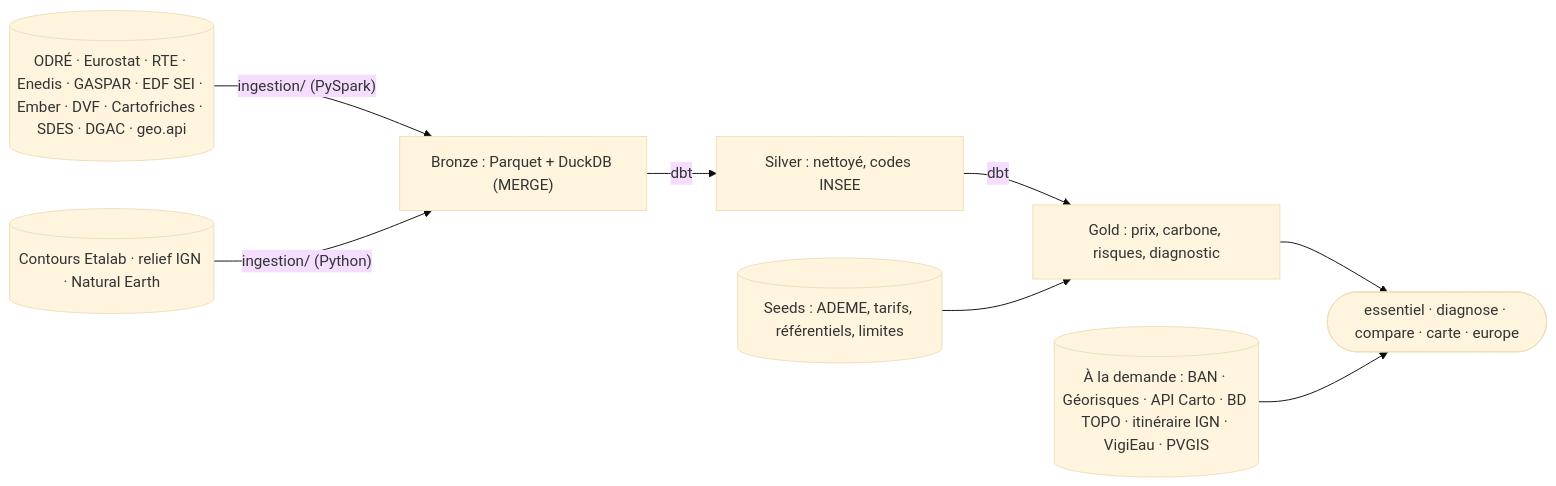
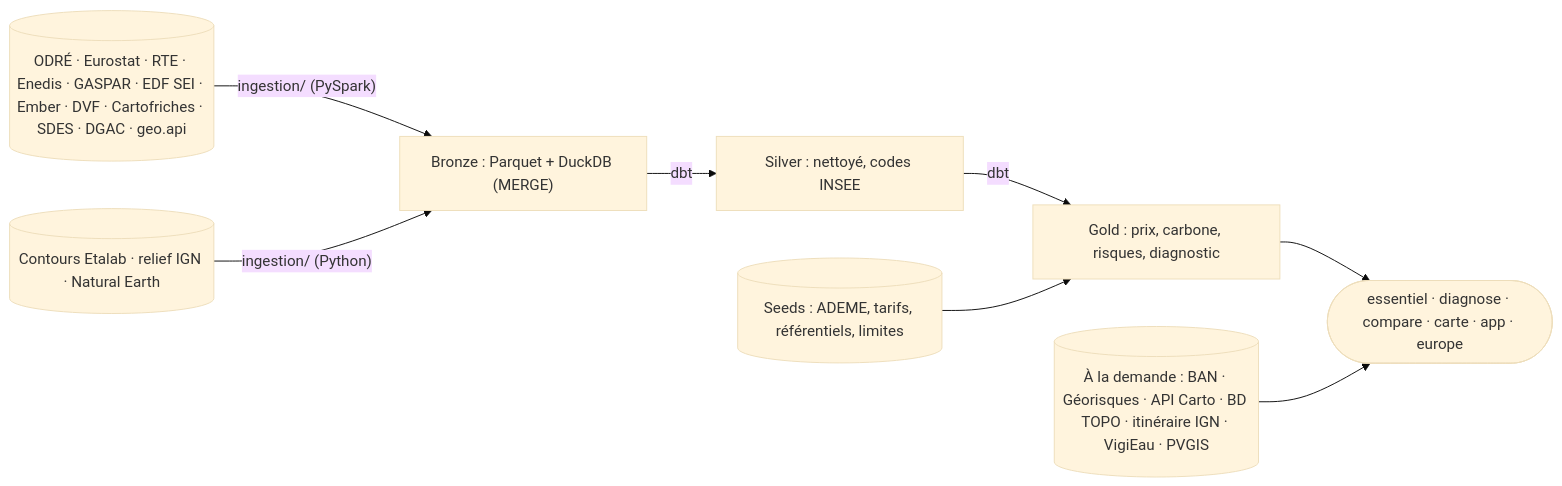
The diagram in README.md (Elias-Ouafi/ou-brancher-mon-entreprise), drawn with Mermaid (base theme) before and after one commit. The commit also changed other lines of this file and 4 other files, not shown here.

````diff
--- a/README.md
+++ b/README.md
@@ -201,10 +207,10 @@
 ```mermaid
 flowchart LR
     SRC[("ODRÉ · Eurostat · RTE · Enedis · GASPAR · EDF SEI · Ember · DVF · Cartofriches · SDES · DGAC · geo.api")] -->|"ingestion/ (PySpark)"| B["Bronze : Parquet + DuckDB (MERGE)"]
     B -->|dbt| S["Silver : nettoyé, codes INSEE"]
     S -->|dbt| G["Gold : prix, carbone, risques, diagnostic"]
     SEEDS[("Seeds : ADEME, tarifs, référentiels, limites")] --> G
     GEO[("Contours Etalab · relief IGN · Natural Earth")] -->|"ingestion/ (Python)"| B
-    G --> CLI(["essentiel · diagnose · compare · carte · europe"])
+    G --> CLI(["essentiel · diagnose · compare · carte · app · europe"])
     BAN[("À la demande : BAN · Géorisques · API Carto · BD TOPO · itinéraire IGN · VigiEau · PVGIS")] --> CLI
 ```
````
